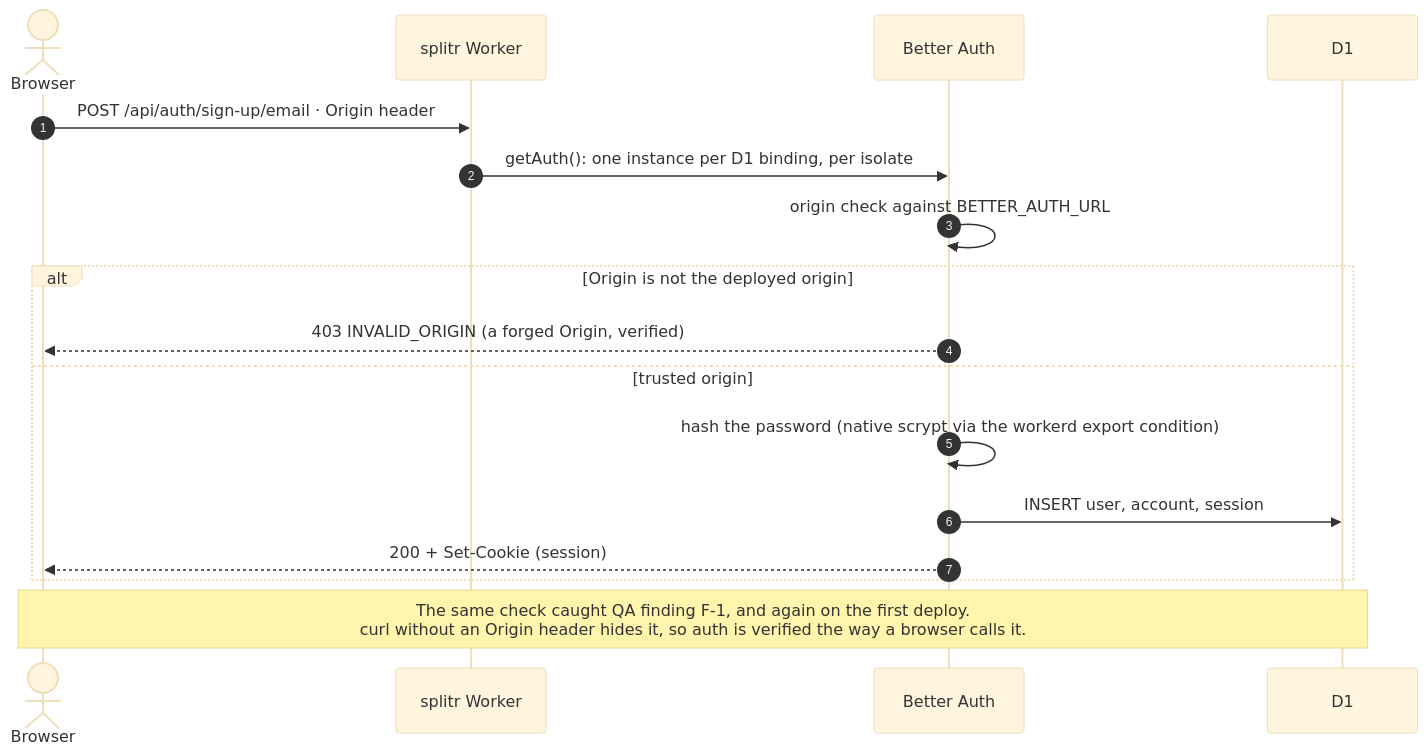
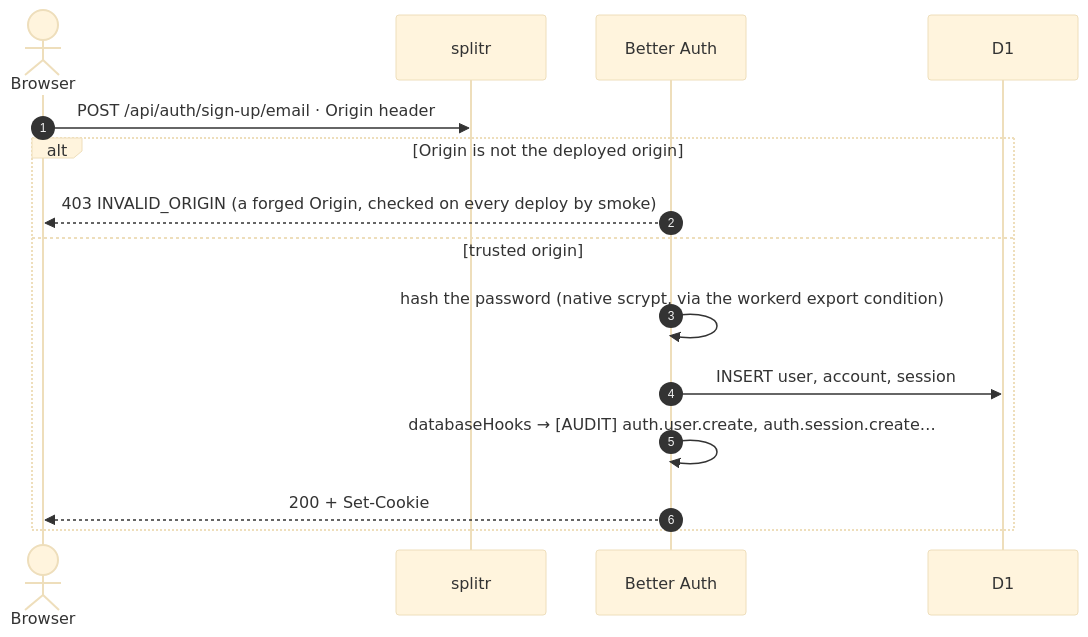
The third of 11 diagrams in README.md (rafio-dgn/splitr), drawn with Mermaid (base theme) before and after one commit. The commit also changed other lines of this file and 6 other files, not shown here.

First line of the commit message:
docs(x2): the README's architecture, redrawn as shipped

````diff
--- a/README.md
+++ b/README.md
@@ -182,20 +202,18 @@
 ```mermaid
 sequenceDiagram
     autonumber
     actor U as Browser
-    participant W as splitr Worker
+    participant W as splitr
     participant BA as Better Auth
     participant D1 as D1
 
     U->>W: POST /api/auth/sign-up/email · Origin header
-    W->>BA: getAuth(): one instance per D1 binding, per isolate
-    BA->>BA: origin check against BETTER_AUTH_URL
     alt Origin is not the deployed origin
-        BA-->>U: 403 INVALID_ORIGIN (a forged Origin, verified)
+        BA-->>U: 403 INVALID_ORIGIN (a forged Origin, checked on every deploy by smoke)
     else trusted origin
-        BA->>BA: hash the password (native scrypt via the workerd export condition)
+        BA->>BA: hash the password (native scrypt, via the workerd export condition)
         BA->>D1: INSERT user, account, session
-        BA-->>U: 200 + Set-Cookie (session)
+        BA->>BA: databaseHooks → [AUDIT] auth.user.create, auth.session.create…
+        BA-->>U: 200 + Set-Cookie
     end
-    Note over U,D1: The same check caught QA finding F-1, and again on the first deploy.<br/>curl without an Origin header hides it, so auth is verified the way a browser calls it.
 ```
````
